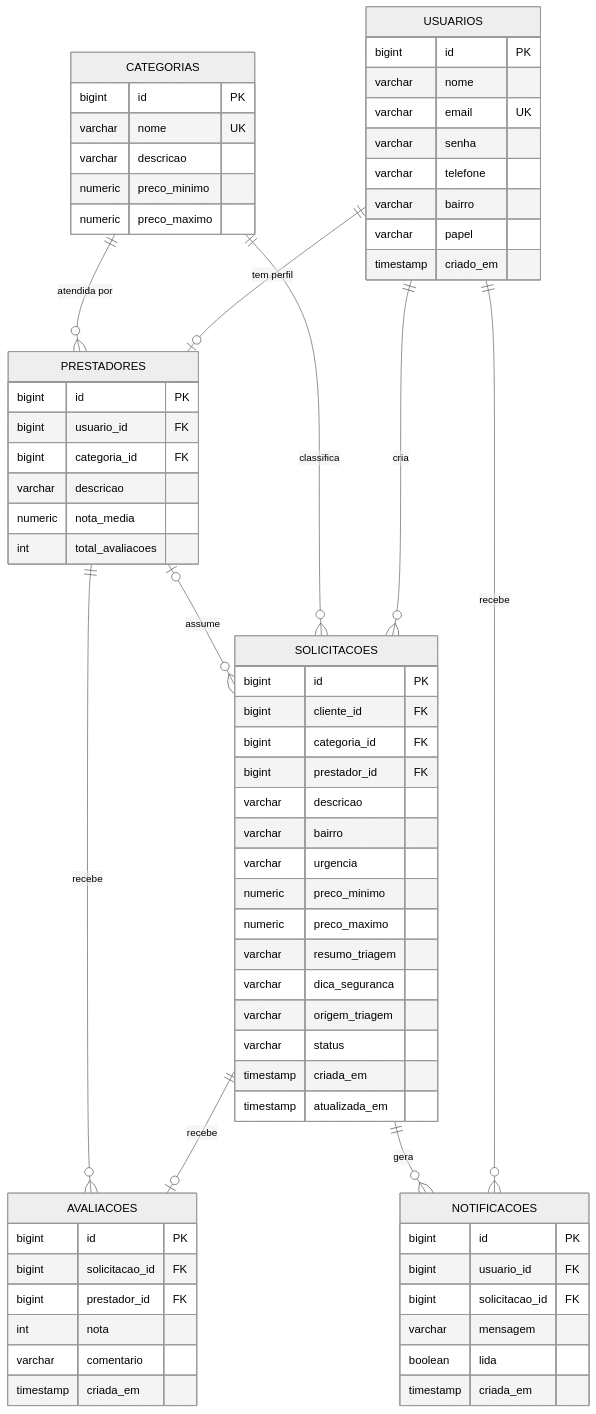
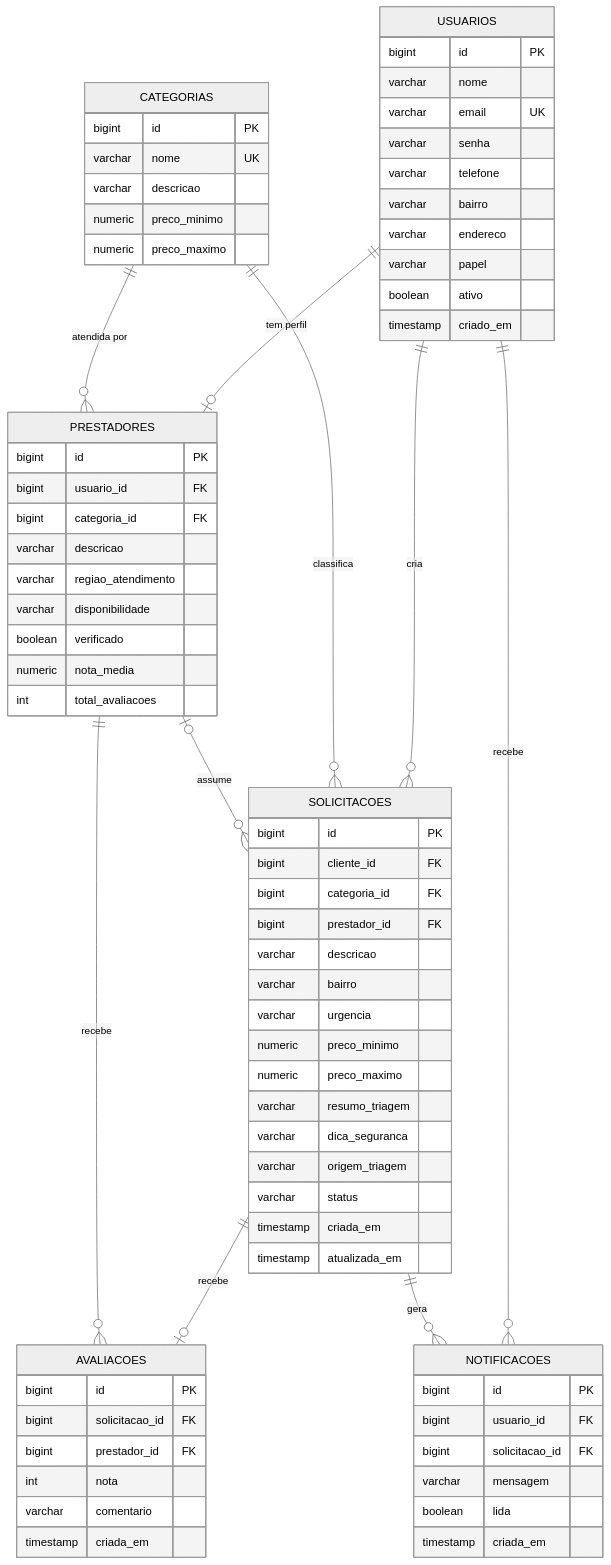
Before and after one commit to kaiky06301/bico-certo-java: the third of 6 diagrams in README.md, drawn with Mermaid (neutral theme). The commit also changed other lines of this file and 21 other files, not shown here.

````diff
--- a/README.md
+++ b/README.md
@@ -192,71 +200,76 @@
 ```mermaid
 erDiagram
     USUARIOS ||--o| PRESTADORES : "tem perfil"
     CATEGORIAS ||--o{ PRESTADORES : "atendida por"
     USUARIOS ||--o{ SOLICITACOES : "cria"
     CATEGORIAS ||--o{ SOLICITACOES : "classifica"
     PRESTADORES |o--o{ SOLICITACOES : "assume"
     SOLICITACOES ||--o| AVALIACOES : "recebe"
     PRESTADORES ||--o{ AVALIACOES : "recebe"
     USUARIOS ||--o{ NOTIFICACOES : "recebe"
     SOLICITACOES ||--o{ NOTIFICACOES : "gera"
 
     USUARIOS {
         bigint id PK
         varchar nome
         varchar email UK
         varchar senha
         varchar telefone
         varchar bairro
+        varchar endereco
         varchar papel
+        boolean ativo
         timestamp criado_em
     }
     CATEGORIAS {
         bigint id PK
         varchar nome UK
         varchar descricao
         numeric preco_minimo
         numeric preco_maximo
     }
     PRESTADORES {
         bigint id PK
         bigint usuario_id FK
         bigint categoria_id FK
         varchar descricao
+        varchar regiao_atendimento
+        varchar disponibilidade
+        boolean verificado
         numeric nota_media
         int total_avaliacoes
     }
     SOLICITACOES {
         bigint id PK
         bigint cliente_id FK
         bigint categoria_id FK
         bigint prestador_id FK
         varchar descricao
         varchar bairro
         varchar urgencia
         numeric preco_minimo
         numeric preco_maximo
         varchar resumo_triagem
         varchar dica_seguranca
         varchar origem_triagem
         varchar status
         timestamp criada_em
         timestamp atualizada_em
     }
     AVALIACOES {
         bigint id PK
         bigint solicitacao_id FK
         bigint prestador_id FK
         int nota
         varchar comentario
         timestamp criada_em
     }
     NOTIFICACOES {
         bigint id PK
         bigint usuario_id FK
         bigint solicitacao_id FK
         varchar mensagem
         boolean lida
         timestamp criada_em
     }
 ```
````
